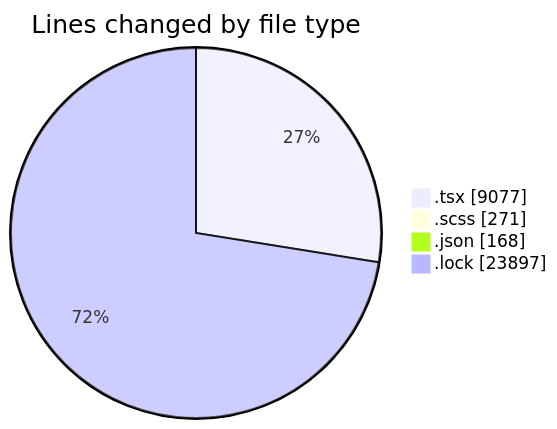
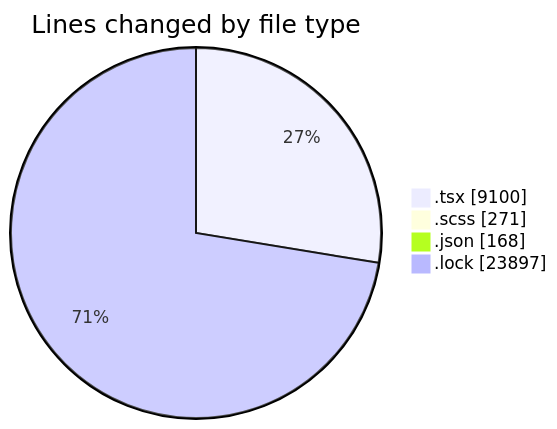
Before and after one commit to momahboobian/code-tracking: the first of 2 diagrams in 2025-11-18/cda/README.md, drawn with Mermaid. The commit also changed other lines of this file and 1 other file, not shown here.

````diff
--- a/2025-11-18/cda/README.md
+++ b/2025-11-18/cda/README.md
@@ -36,8 +36,8 @@
 ```mermaid
 pie showData
 title Lines changed by file type
-".tsx" : 9077
+".tsx" : 9100
 ".scss" : 271
 ".json" : 168
 ".lock" : 23897
 ```
````
